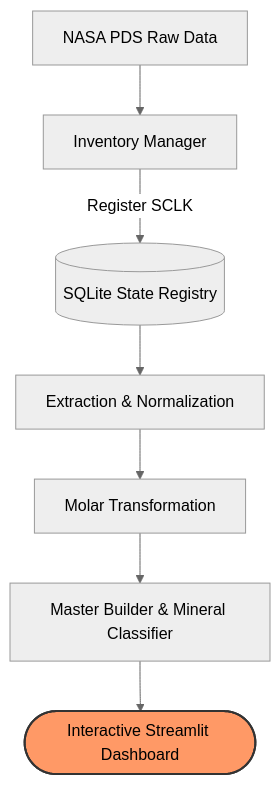
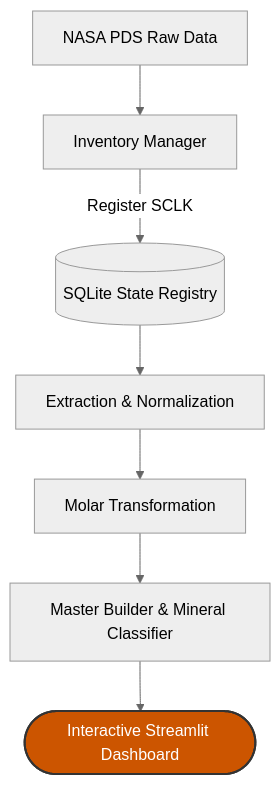
The diagram in README.md (EulerLft/Mars2020-Mineral-Classifier), drawn with Mermaid (neutral theme) before and after one commit.

Commit message:
Updated README.md for visual clarity

````diff
--- a/README.md
+++ b/README.md
@@ -26,11 +26,11 @@
 ```mermaid
 graph TD
     A[NASA PDS Raw Data] --> B[Inventory Manager]
     B -->|Register SCLK| C[(SQLite State Registry)]
     C --> D[Extraction & Normalization]
     D --> E[Molar Transformation]
     E --> F[Master Builder & Mineral Classifier]
     F --> G([Interactive Streamlit Dashboard])
 
-    style G fill:#f96,stroke:#333,stroke-width:2px
+    style G fill:#cc5500,stroke:#333,stroke-width:2px,color:#fff
 ```
````
